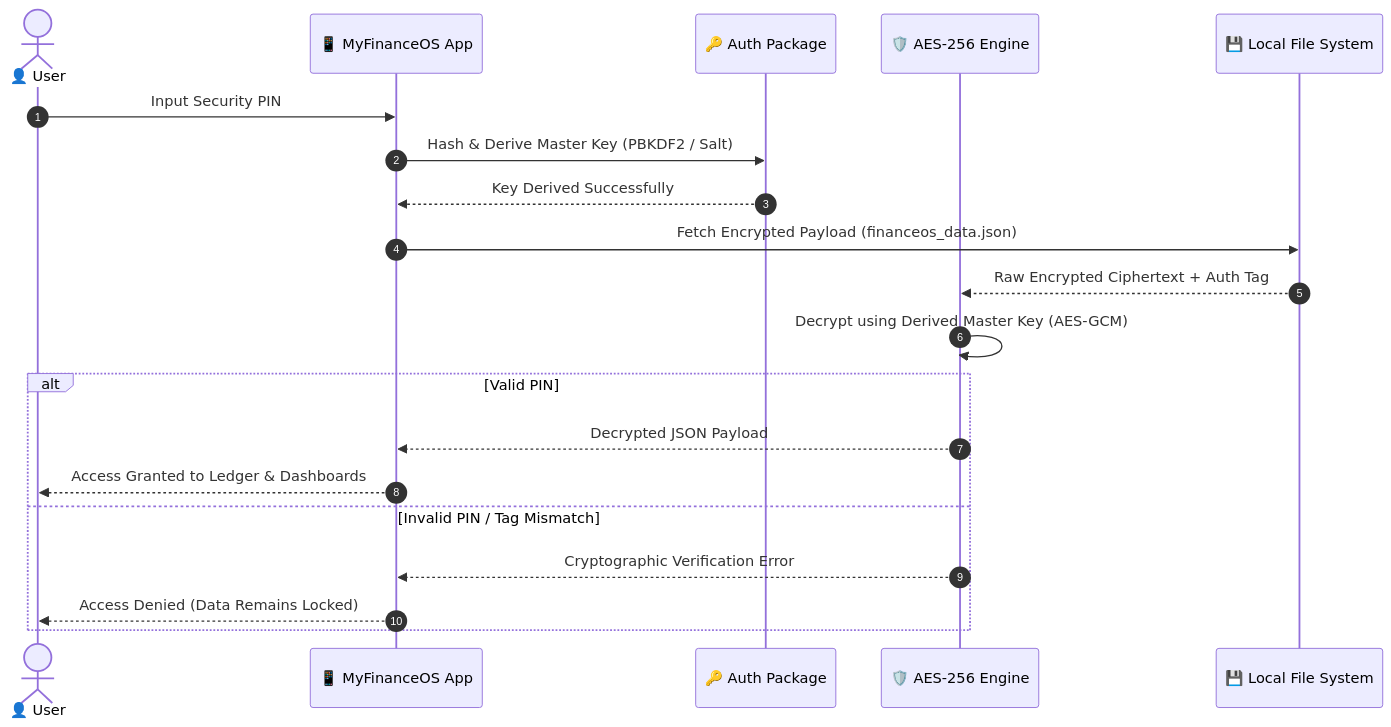
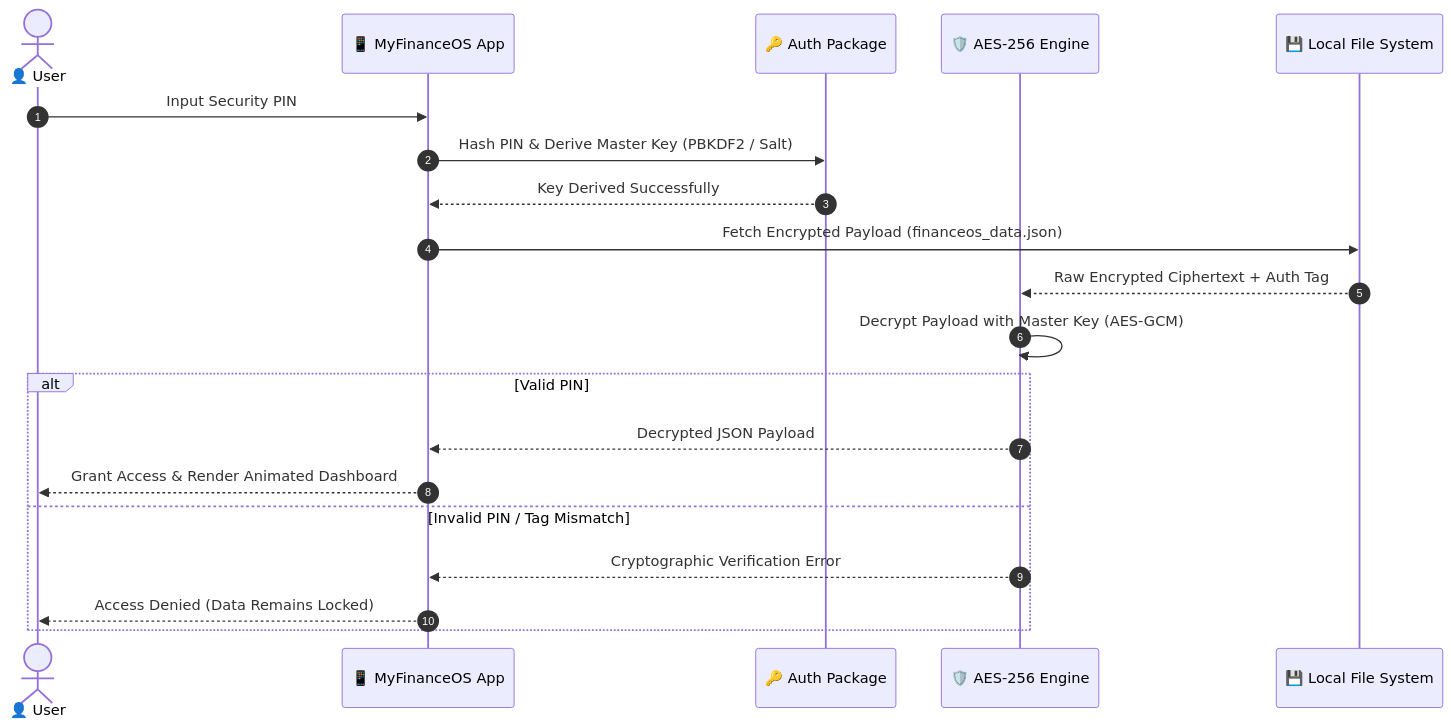
One commit to AnuroopSrivastava/MyFinanceOS changed the third of 3 diagrams in README.md. Above: the diagram before and after it, drawn with Mermaid. The commit also changed other lines of this file and 23 other files, not shown here.

````diff
--- a/README.md
+++ b/README.md
@@ -104,23 +149,23 @@
 ```mermaid
 sequenceDiagram
     autonumber
     actor User as 👤 User
     participant App as 📱 MyFinanceOS App
     participant Auth as 🔑 Auth Package
     participant Engine as 🛡️ AES-256 Engine
     participant Disk as 💾 Local File System
 
     User->>App: Input Security PIN
-    App->>Auth: Hash & Derive Master Key (PBKDF2 / Salt)
+    App->>Auth: Hash PIN & Derive Master Key (PBKDF2 / Salt)
     Auth-->>App: Key Derived Successfully
     App->>Disk: Fetch Encrypted Payload (financeos_data.json)
     Disk-->>Engine: Raw Encrypted Ciphertext + Auth Tag
-    Engine->>Engine: Decrypt using Derived Master Key (AES-GCM)
+    Engine->>Engine: Decrypt Payload with Master Key (AES-GCM)
     alt Valid PIN
         Engine-->>App: Decrypted JSON Payload
-        App-->>User: Access Granted to Ledger & Dashboards
+        App-->>User: Grant Access & Render Animated Dashboard
     else Invalid PIN / Tag Mismatch
         Engine-->>App: Cryptographic Verification Error
         App-->>User: Access Denied (Data Remains Locked)
     end
 ```
````
